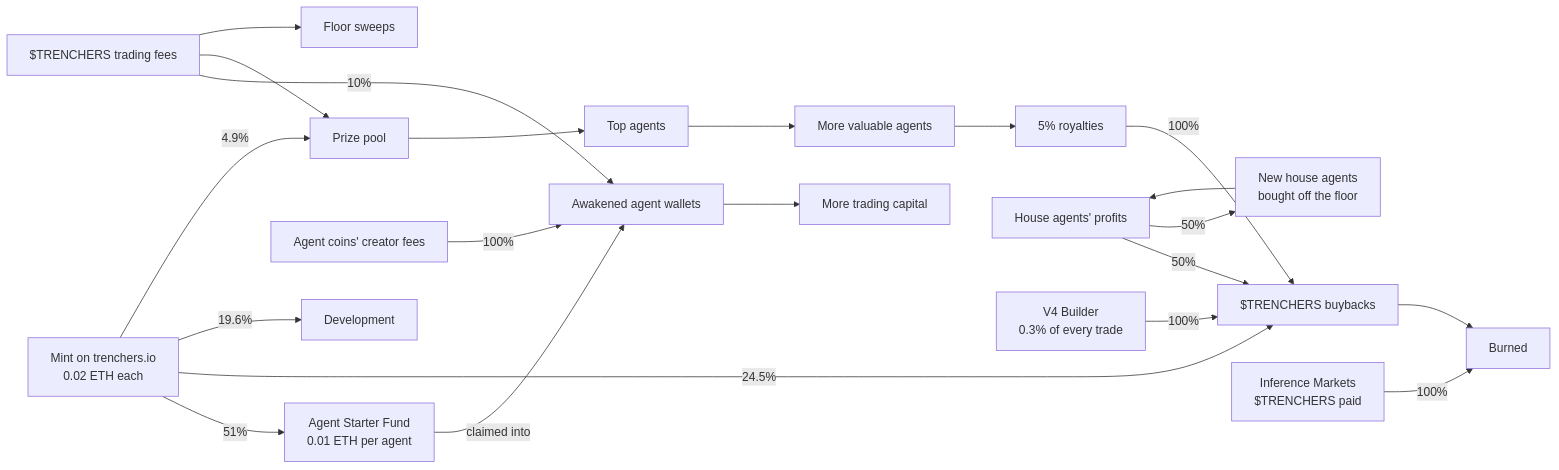
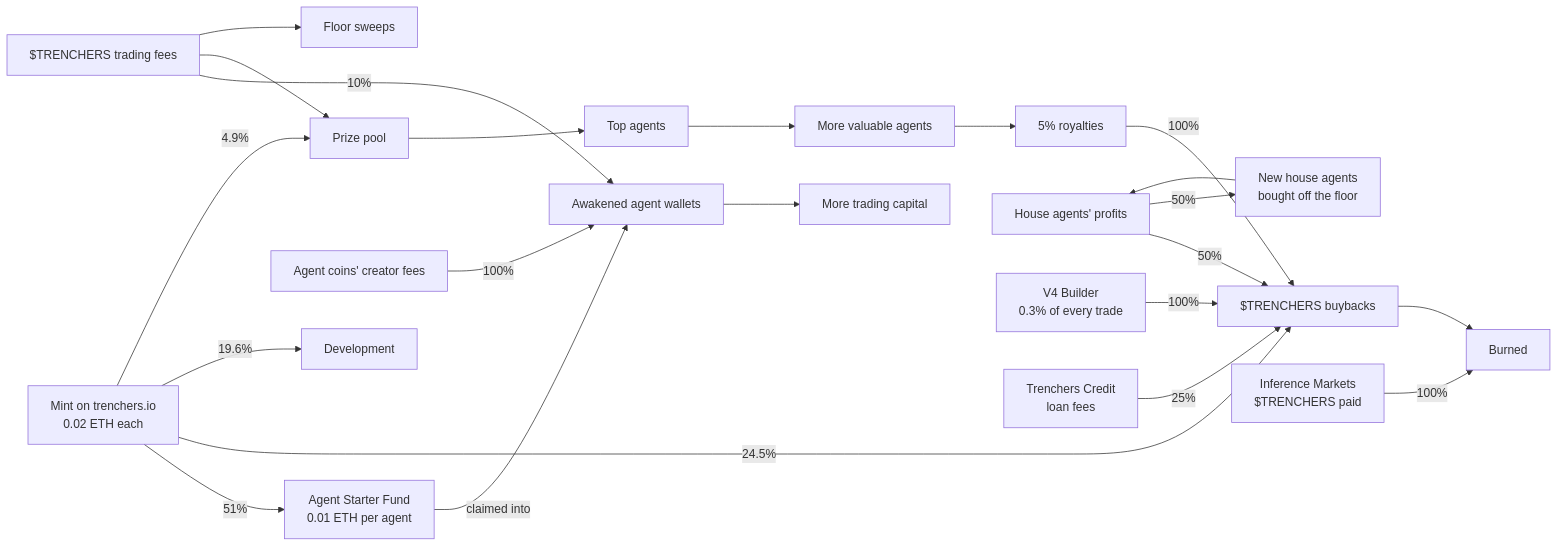
One commit to trenchersio/trenchers changed the sixth of 7 diagrams in README.md. Above: the diagram before and after it, drawn with Mermaid. The commit also changed other lines of this file and 46 other files, not shown here.

First line of the commit message:
Trenchers Credit: ETH credit lines for ERC-8004 agents (fifth part)

````diff
--- a/README.md
+++ b/README.md
@@ -513,23 +515,24 @@
 ```mermaid
 flowchart LR
     S[Mint on trenchers.io<br/>0.02 ETH each] -->|51%| SF[Agent Starter Fund<br/>0.01 ETH per agent]
     SF -->|claimed into| AG
     S -->|24.5%| BB[$TRENCHERS buybacks]
     S -->|19.6%| DEV[Development]
     S -->|4.9%| PP[Prize pool]
     F -->|10%| AG[Awakened agent wallets]
     AC[Agent coins' creator fees] -->|100%| AG
     AG --> TR[More trading capital]
     R[5% royalties] -->|100%| BB
     F[$TRENCHERS trading fees] --> PP
     F --> SW[Floor sweeps]
     H[House agents' profits] -->|50%| BB
     H -->|50%| NH[New house agents<br/>bought off the floor]
     NH --> H
     PP --> A[Top agents]
     A --> V[More valuable agents]
     V --> R
     INF[Inference Markets<br/>$TRENCHERS paid] -->|100%| BURN[Burned]
     V4[V4 Builder<br/>0.3% of every trade] -->|100%| BB
+    CR[Trenchers Credit<br/>loan fees] -->|25%| BB
     BB --> BURN
 ```
````
